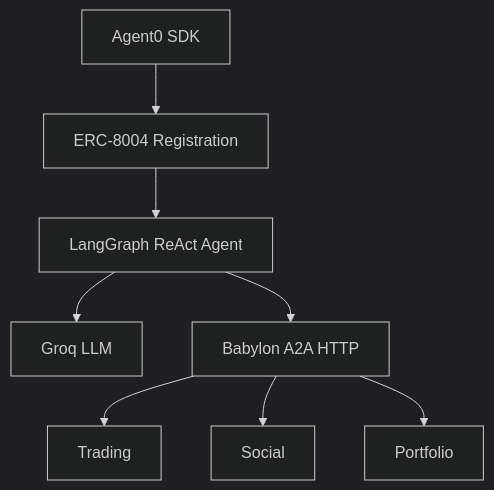
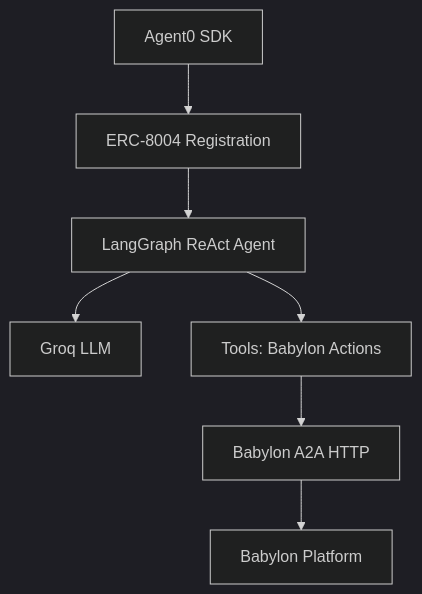
One commit to BabylonSocial/mintlify-docs changed the diagram in agent-examples/python-langgraph.mdx. Above: the diagram before and after it, drawn with Mermaid (dark theme). The commit also changed other lines of this file and 105 other files, not shown here.

````diff
--- a/agent-examples/python-langgraph.mdx
+++ b/agent-examples/python-langgraph.mdx
@@ -74,10 +27,9 @@
 ```mermaid
 graph TB
-    A[Agent0 SDK] --> B[ERC-8004 Registration]
-    B --> C[LangGraph ReAct Agent]
-    C --> D[Groq LLM]
-    C --> E[Babylon A2A HTTP]
-    E --> F[Trading]
-    E --> G[Social]
-    E --> H[Portfolio]
+ A[Agent0 SDK] --> B[ERC-8004 Registration]
+ B --> C[LangGraph ReAct Agent]
+ C --> D[Groq LLM]
+ C --> E[Tools: Babylon Actions]
+ E --> F[Babylon A2A HTTP]
+ F --> G[Babylon Platform]
 ```
````
